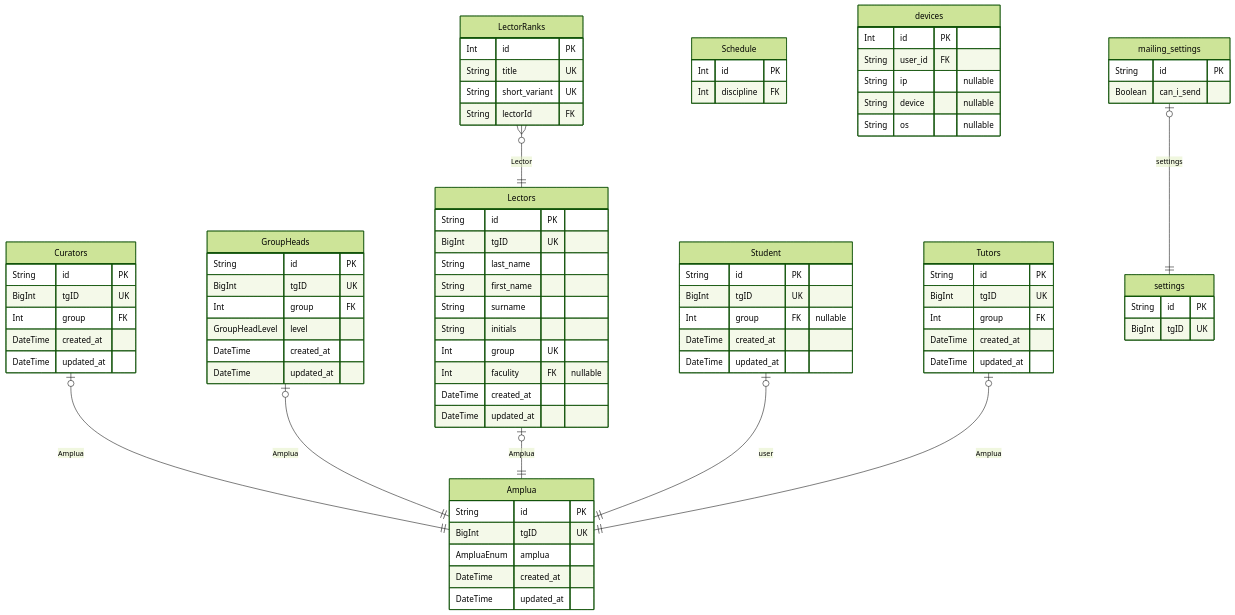
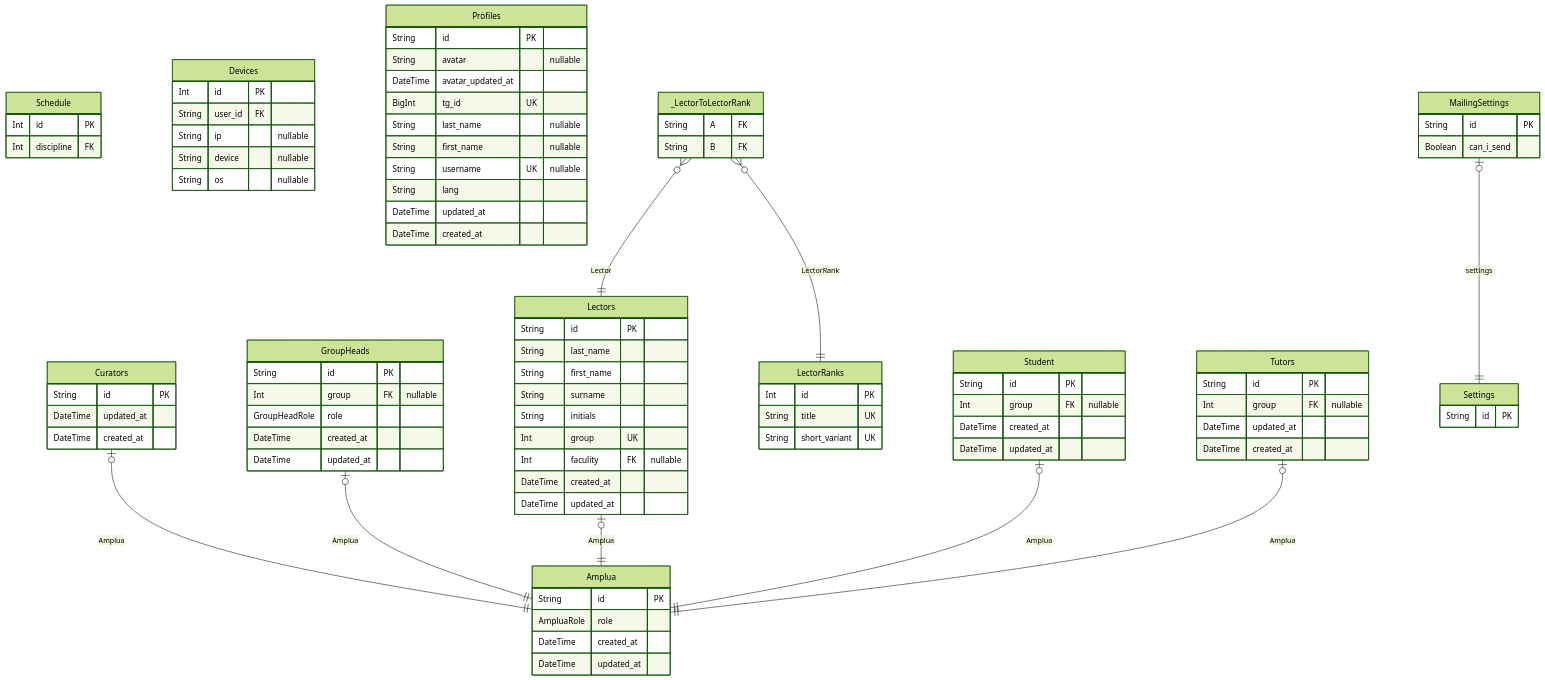
The third of 3 diagrams in packages/db/prisma/DatabaseSchema.md (NeatDeveloper/Thodle), drawn with Mermaid (forest theme) before and after one commit. The commit also changed other lines of this file and 20 other files, not shown here.

````diff
--- a/packages/db/prisma/DatabaseSchema.md
+++ b/packages/db/prisma/DatabaseSchema.md
@@ -206,29 +198,24 @@
 erDiagram
 "Amplua" {
   String id PK
-  BigInt tgID UK
-  AmpluaEnum amplua
+  AmpluaRole role
   DateTime created_at
   DateTime updated_at
 }
 "Curators" {
   String id PK
-  BigInt tgID UK
-  Int group FK
+  DateTime updated_at
   DateTime created_at
-  DateTime updated_at
 }
 "GroupHeads" {
   String id PK
-  BigInt tgID UK
-  Int group FK
-  GroupHeadLevel level
+  Int group FK "nullable"
+  GroupHeadRole role
   DateTime created_at
   DateTime updated_at
 }
 "Lectors" {
   String id PK
-  BigInt tgID UK
   String last_name
   String first_name
   String surname
@@ -242,46 +229,59 @@
   Int id PK
   String title UK
   String short_variant UK
-  String lectorId FK
 }
 "Student" {
   String id PK
-  BigInt tgID UK
   Int group FK "nullable"
   DateTime created_at
   DateTime updated_at
 }
 "Tutors" {
   String id PK
-  BigInt tgID UK
-  Int group FK
+  Int group FK "nullable"
+  DateTime updated_at
   DateTime created_at
-  DateTime updated_at
 }
 "Schedule" {
   Int id PK
   Int discipline FK
 }
-"devices" {
+"Devices" {
   Int id PK
   String user_id FK
   String ip "nullable"
   String device "nullable"
   String os "nullable"
 }
-"settings" {
+"Profiles" {
   String id PK
-  BigInt tgID UK
+  String avatar "nullable"
+  DateTime avatar_updated_at
+  BigInt tg_id UK
+  String last_name "nullable"
+  String first_name "nullable"
+  String username UK "nullable"
+  String lang
+  DateTime updated_at
+  DateTime created_at
 }
-"mailing_settings" {
+"Settings" {
+  String id PK
+}
+"MailingSettings" {
   String id PK
   Boolean can_i_send
+}
+"_LectorToLectorRank" {
+  String A FK
+  String B FK
 }
 "Curators" |o--|| "Amplua" : Amplua
 "GroupHeads" |o--|| "Amplua" : Amplua
 "Lectors" |o--|| "Amplua" : Amplua
-"LectorRanks" }o--|| "Lectors" : Lector
-"Student" |o--|| "Amplua" : user
+"Student" |o--|| "Amplua" : Amplua
 "Tutors" |o--|| "Amplua" : Amplua
-"mailing_settings" |o--|| "settings" : settings
+"MailingSettings" |o--|| "Settings" : settings
+"_LectorToLectorRank" }o--|| "Lectors" : Lector
+"_LectorToLectorRank" }o--|| "LectorRanks" : LectorRank
 ```
````
